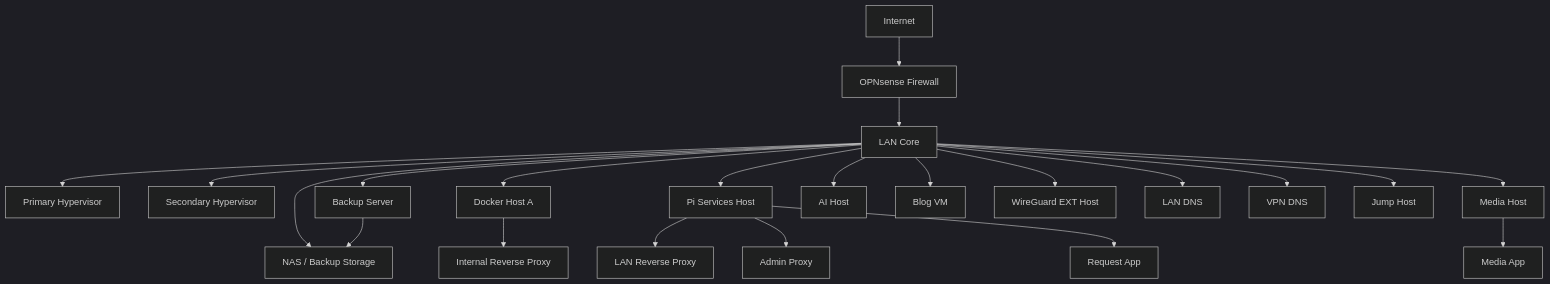
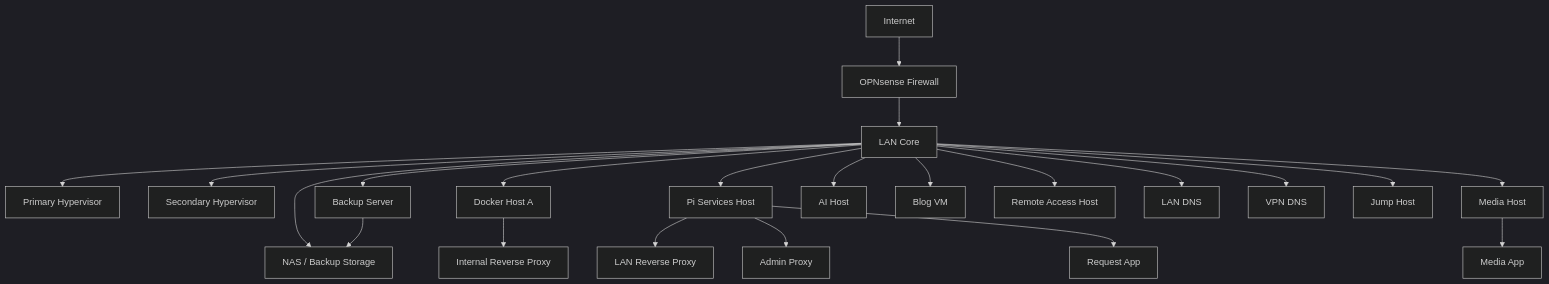
One commit to amirstechport/homelab-mcp-server changed the diagram in docs/topology/PUBLIC_TOPOLOGY_SUMMARY.md. Above: the diagram before and after it, drawn with Mermaid (dark theme). The commit also changed other lines of this file and 21 other files, not shown here.

````diff
--- a/docs/topology/PUBLIC_TOPOLOGY_SUMMARY.md
+++ b/docs/topology/PUBLIC_TOPOLOGY_SUMMARY.md
@@ -12,46 +12,46 @@
 ```mermaid
 flowchart TD
     Internet[Internet]
     FW[OPNsense Firewall]
     Core[LAN Core]
 
     HypA[Primary Hypervisor]
     HypB[Secondary Hypervisor]
     Backup[Backup Server]
     NAS[NAS / Backup Storage]
 
     DockerA[Docker Host A]
     PiHost[Pi Services Host]
     Media[Media Host]
     AI[AI Host]
     Blog[Blog VM]
-    VPN[WireGuard EXT Host]
+    VPN[Remote Access Host]
     DNSL[LAN DNS]
     DNSE[VPN DNS]
     Jump[Jump Host]
 
     Internet --> FW
     FW --> Core
 
     Core --> HypA
     Core --> HypB
     Core --> Backup
     Core --> NAS
     Core --> DockerA
     Core --> PiHost
     Core --> Media
     Core --> AI
     Core --> Blog
     Core --> VPN
     Core --> DNSL
     Core --> DNSE
     Core --> Jump
 
     DockerA --> Traefik[Internal Reverse Proxy]
     PiHost --> Caddy[LAN Reverse Proxy]
     PiHost --> AdminProxy[Admin Proxy]
     PiHost --> Requests[Request App]
     Media --> MediaSvc[Media App]
 
     Backup --> NAS
 ```
````
